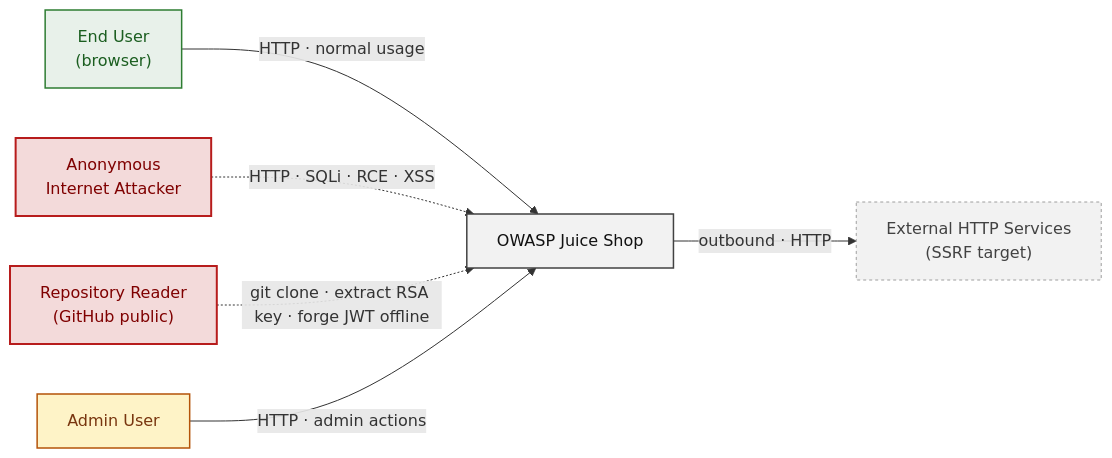
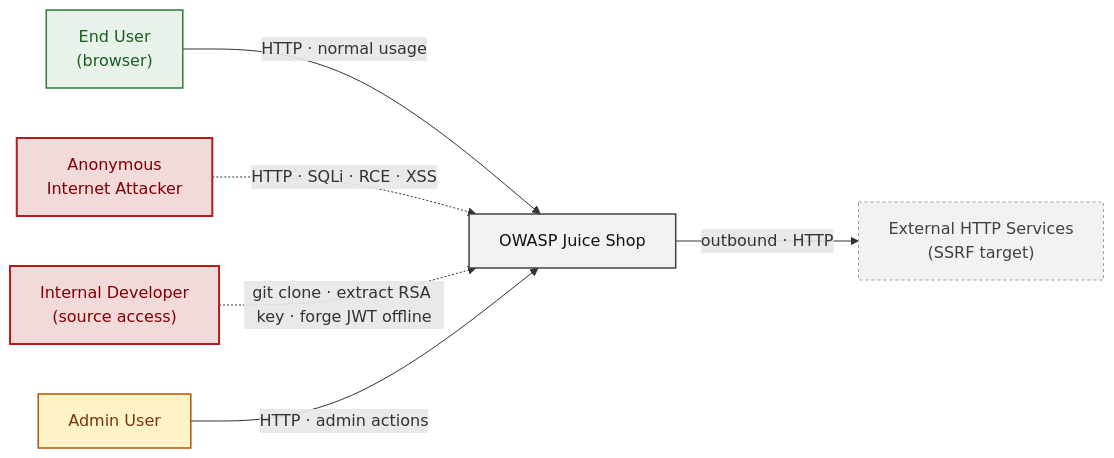
The second of 16 diagrams in examples/threat-modeler/threat-model-juice-shop-thorough.md (appsec-foundry/appsec-advisor), drawn with Mermaid before and after one commit. The commit also changed other lines of this file and 6 other files, not shown here.

````diff
--- a/examples/threat-modeler/threat-model-juice-shop-thorough.md
+++ b/examples/threat-modeler/threat-model-juice-shop-thorough.md
@@ -360,25 +360,25 @@
 ```mermaid
 flowchart LR
     USER["End User<br/>(browser)"]
     ATTACKER["Anonymous<br/>Internet Attacker"]
-    REPO_READ["Repository Reader<br/>(GitHub public)"]
+    REPO_READ["Internal Developer<br/>(source access)"]
     ADMIN["Admin User"]
     SYSTEM["OWASP Juice Shop"]
     EXTERNAL["External HTTP Services<br/>(SSRF target)"]
     USER -->|HTTP · normal usage| SYSTEM
     ATTACKER -.->|HTTP · SQLi · RCE · XSS| SYSTEM
     REPO_READ -.->|git clone · extract RSA key · forge JWT offline| SYSTEM
     ADMIN -->|HTTP · admin actions| SYSTEM
     SYSTEM -->|outbound · HTTP| EXTERNAL
     classDef user     fill:#e8f1ea,stroke:#2e7d32,color:#1b5e20,stroke-width:1.5px
     classDef attacker fill:#f3dada,stroke:#b71c1c,color:#7f0000,stroke-width:2px
     classDef admin    fill:#fef3c7,stroke:#b45309,color:#78350f,stroke-width:1.5px
     classDef sys      fill:#f2f2f2,stroke:#424242,color:#111,stroke-width:1.5px
     classDef ext      fill:#f2f2f2,stroke:#9e9e9e,color:#424242,stroke-dasharray:3 3,stroke-width:1px
     class USER user
     class ATTACKER attacker
     class REPO_READ attacker
     class ADMIN admin
     class SYSTEM sys
     class EXTERNAL ext
 ```
````
